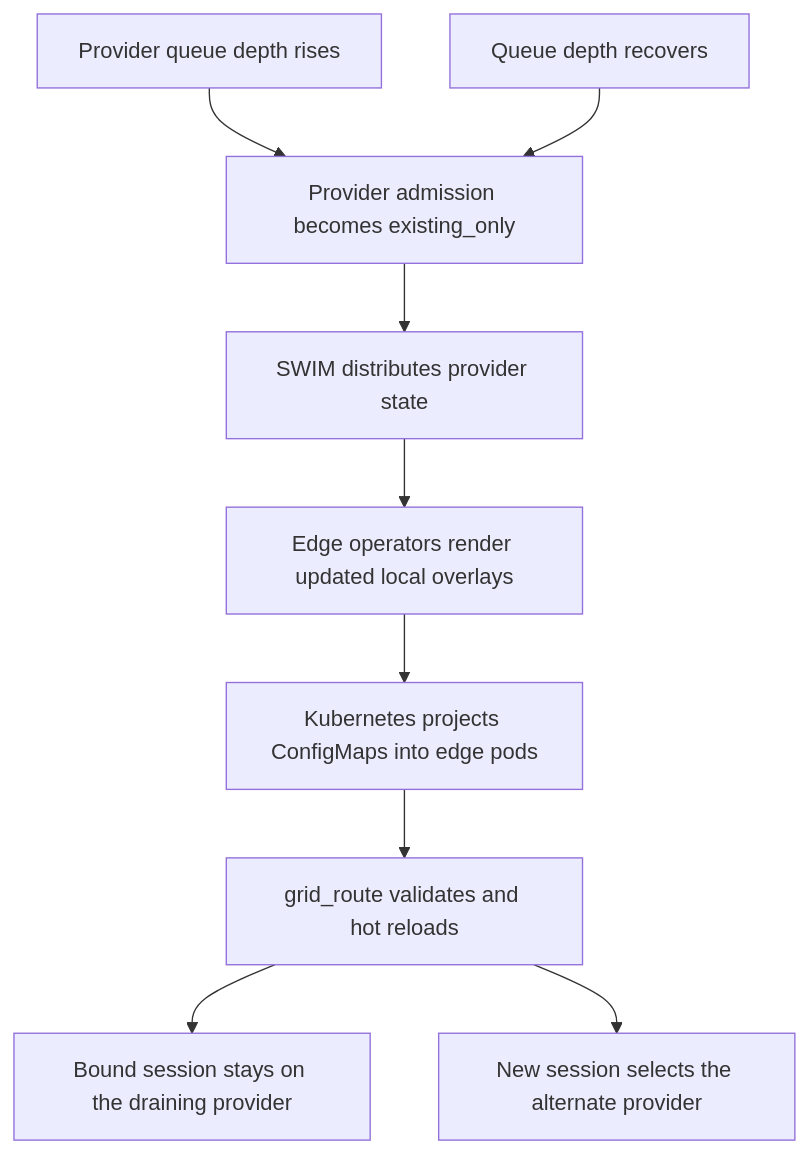
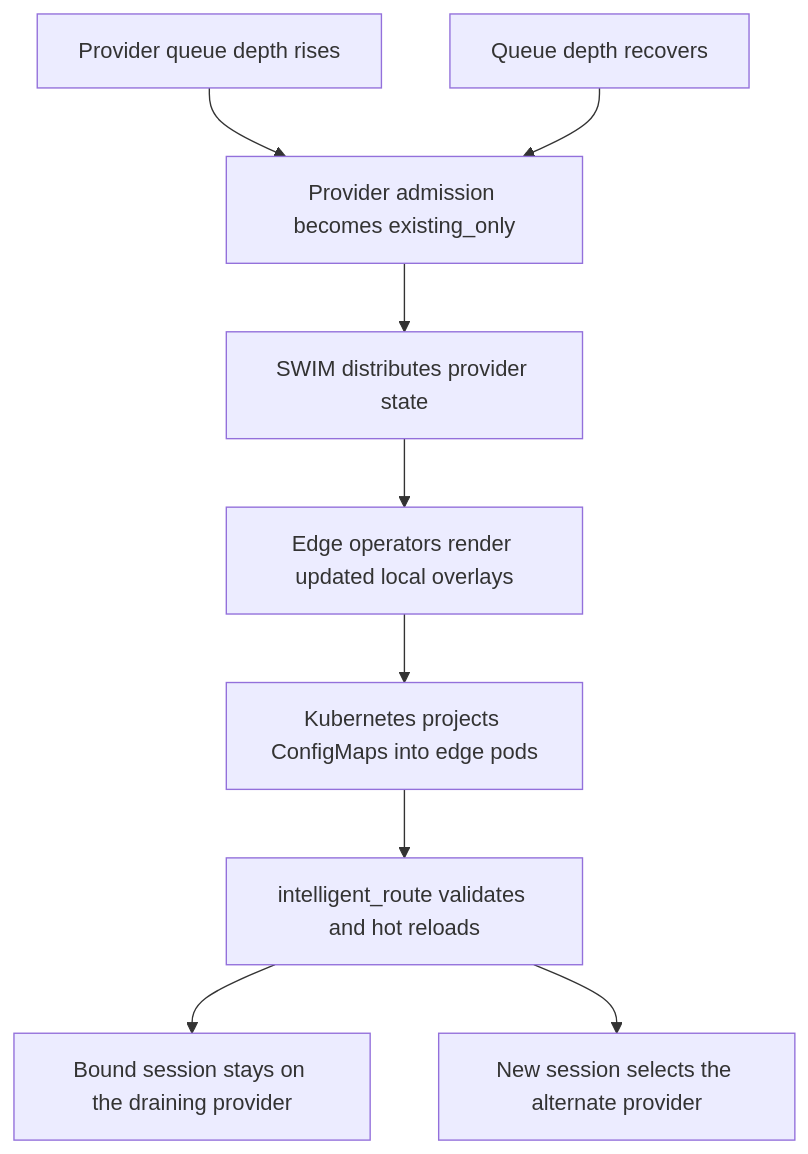
Before and after one commit to hexfusion/grid: the seventh of 9 diagrams in demos/grid-glb-demo/README.md, drawn with Mermaid. The commit also changed other lines of this file and 59 other files, not shown here.

````diff
--- a/demos/grid-glb-demo/README.md
+++ b/demos/grid-glb-demo/README.md
@@ -722,11 +737,11 @@
 ```mermaid
 flowchart TD
     Metric[Provider queue depth rises] --> Admission[Provider admission becomes existing_only]
     Admission --> SWIM[SWIM distributes provider state]
     SWIM --> Overlays[Edge operators render updated local overlays]
     Overlays --> Projection[Kubernetes projects ConfigMaps into edge pods]
-    Projection --> Reload[grid_route validates and hot reloads]
+    Projection --> Reload[intelligent_route validates and hot reloads]
     Reload --> Existing[Bound session stays on the draining provider]
     Reload --> New[New session selects the alternate provider]
     Recovery[Queue depth recovers] --> Admission
 ```
````
